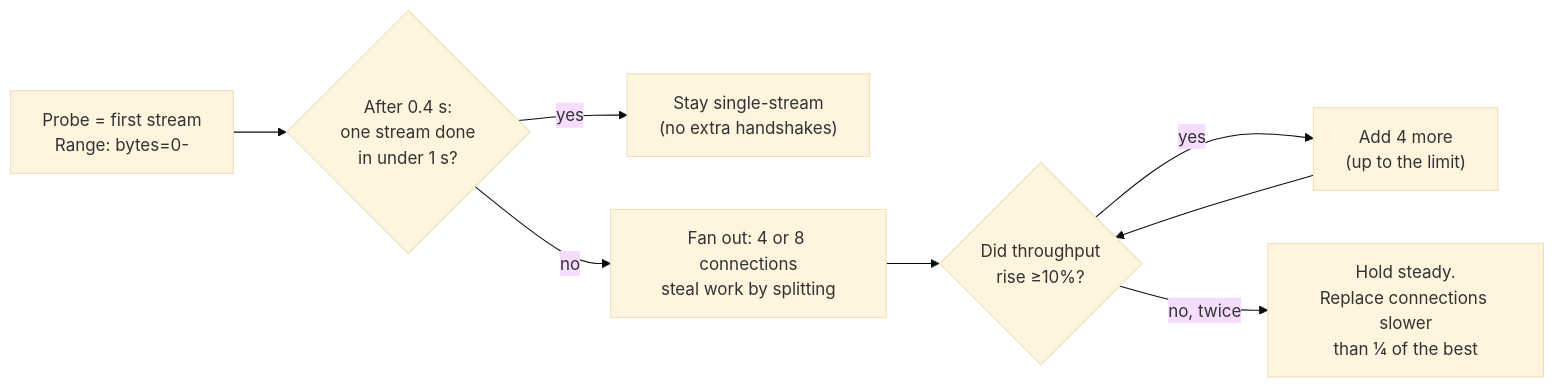
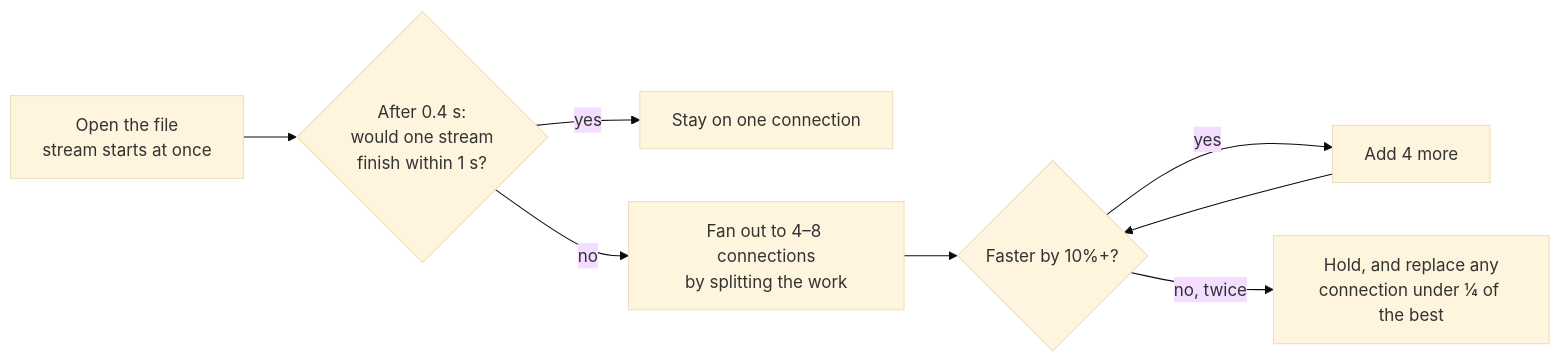
The diagram in README.md (Firojpaudel/veloce), drawn with Mermaid (base theme) before and after one commit. The commit also changed other lines of this file and 21 other files, not shown here.

````diff
--- a/README.md
+++ b/README.md
@@ -93,9 +129,9 @@
 ```mermaid
 flowchart LR
-    P["Probe = first stream<br/>Range: bytes=0-"] --> M{"After 0.4 s:<br/>one stream done<br/>in under 1 s?"}
-    M -- yes --> S["Stay single-stream<br/>(no extra handshakes)"]
-    M -- no --> F["Fan out: 4 or 8 connections<br/>steal work by splitting"]
-    F --> R{"Did throughput<br/>rise ≥10%?"}
-    R -- yes --> A["Add 4 more<br/>(up to the limit)"] --> R
-    R -- "no, twice" --> H["Hold steady.<br/>Replace connections slower<br/>than ¼ of the best"]
+    A["Open the file<br/>stream starts at once"] --> B{"After 0.4 s:<br/>would one stream<br/>finish within 1 s?"}
+    B -- yes --> C["Stay on one connection"]
+    B -- no --> D["Fan out to 4–8 connections<br/>by splitting the work"]
+    D --> E{"Faster by 10%+?"}
+    E -- yes --> F["Add 4 more"] --> E
+    E -- "no, twice" --> G["Hold, and replace any<br/>connection under ¼ of the best"]
 ```
````
